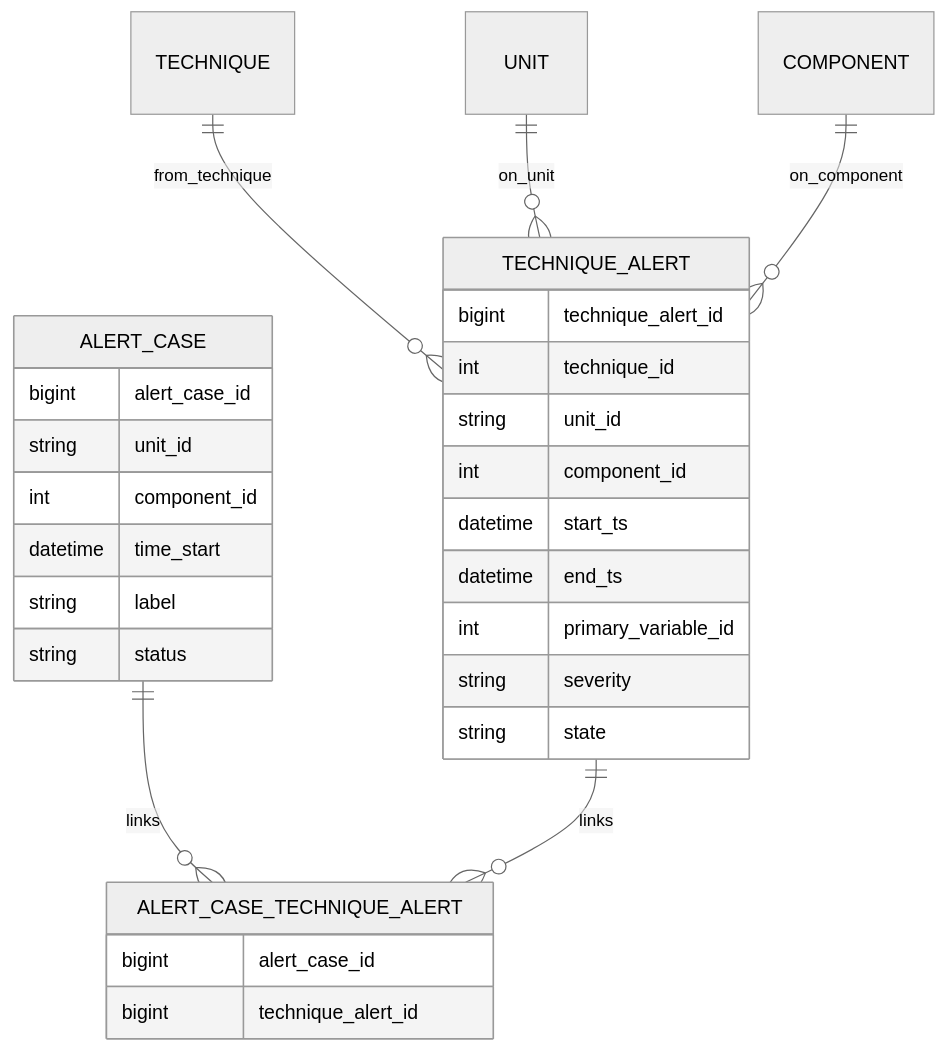
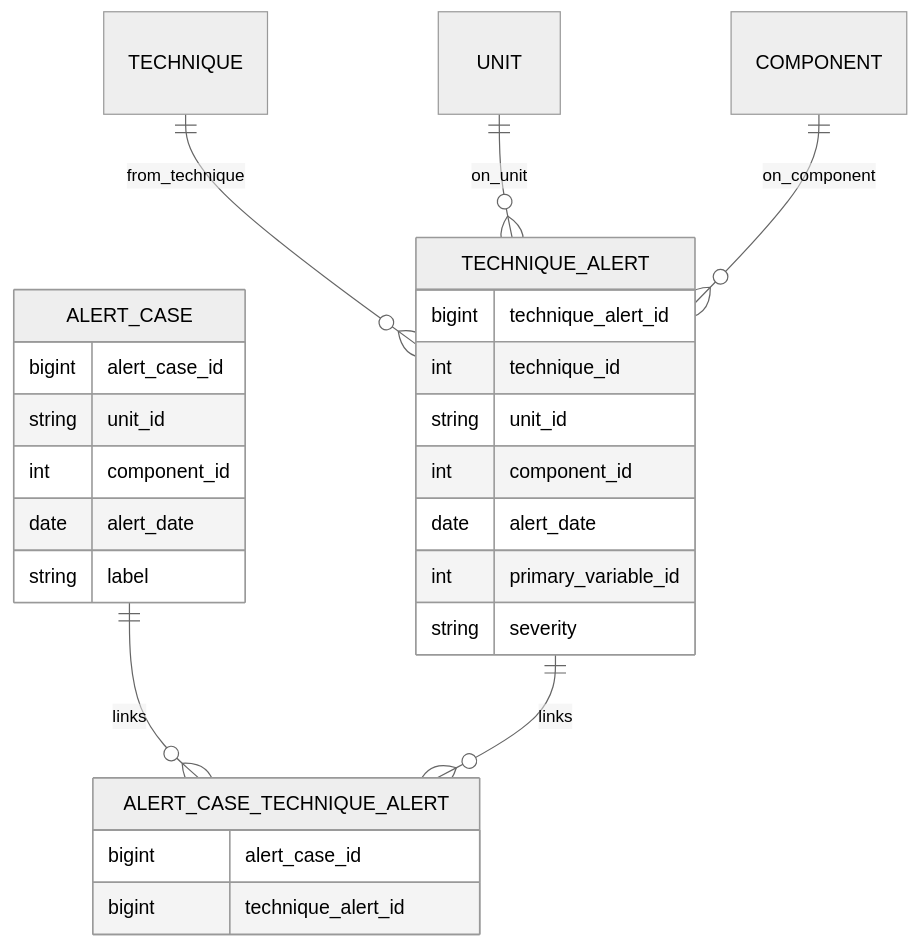
Before and after one commit to portizv26/oil_analysis: the fourth of 6 diagrams in data_contracts.md, drawn with Mermaid (neutral theme). The commit also changed other lines of this file, not shown here.

````diff
--- a/data_contracts.md
+++ b/data_contracts.md
@@ -181,33 +173,30 @@
 ```mermaid
 erDiagram
-  TECHNIQUE ||--o{ TECHNIQUE_ALERT : from_technique
-  UNIT ||--o{ TECHNIQUE_ALERT : on_unit
-  COMPONENT ||--o{ TECHNIQUE_ALERT : on_component
+    TECHNIQUE ||--o{ TECHNIQUE_ALERT : from_technique
+    UNIT ||--o{ TECHNIQUE_ALERT : on_unit
+    COMPONENT ||--o{ TECHNIQUE_ALERT : on_component
 
-  ALERT_CASE ||--o{ ALERT_CASE_TECHNIQUE_ALERT : links
-  TECHNIQUE_ALERT ||--o{ ALERT_CASE_TECHNIQUE_ALERT : links
+    ALERT_CASE ||--o{ ALERT_CASE_TECHNIQUE_ALERT : links
+    TECHNIQUE_ALERT ||--o{ ALERT_CASE_TECHNIQUE_ALERT : links
 
-  ALERT_CASE {
-    bigint alert_case_id
-    string unit_id
-    int component_id
-    datetime time_start
-    string label
-    string status
-  }
-  TECHNIQUE_ALERT {
-    bigint technique_alert_id
-    int technique_id
-    string unit_id
-    int component_id
-    datetime start_ts
-    datetime end_ts
-    int primary_variable_id
-    string severity
-    string state
-  }
-  ALERT_CASE_TECHNIQUE_ALERT {
-    bigint alert_case_id
-    bigint technique_alert_id
-  }
+    ALERT_CASE {
+        bigint alert_case_id
+        string unit_id
+        int component_id
+        date alert_date
+        string label
+    }
+    TECHNIQUE_ALERT {
+        bigint technique_alert_id
+        int technique_id
+        string unit_id
+        int component_id
+        date alert_date
+        int primary_variable_id
+        string severity
+    }
+    ALERT_CASE_TECHNIQUE_ALERT {
+        bigint alert_case_id
+        bigint technique_alert_id
+    }
 ```
````
